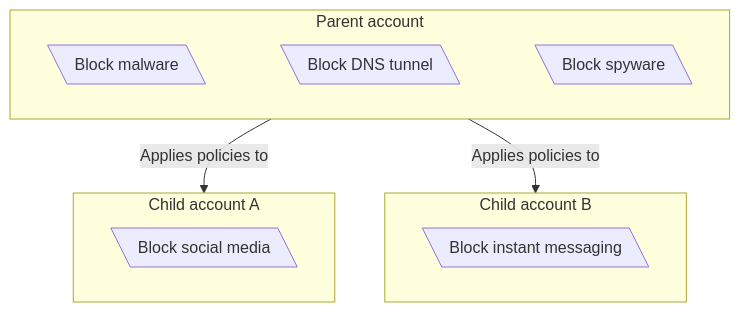
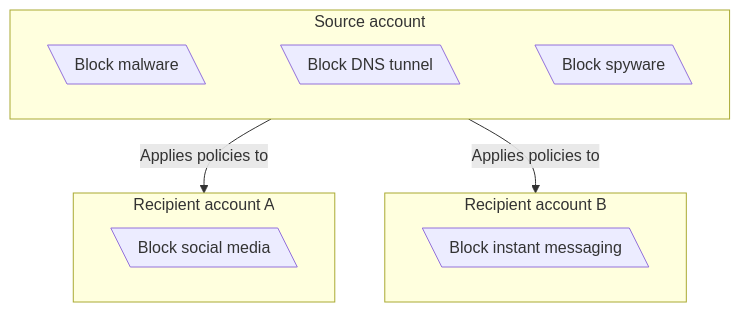
The first of 2 diagrams in src/content/docs/cloudflare-one/policies/gateway/tiered-policies/index.mdx (sofyanori111-png/cloudflare-docs), drawn with Mermaid before and after one commit. The commit also changed other lines of this file, not shown here.

````diff
--- a/src/content/docs/cloudflare-one/policies/gateway/tiered-policies/index.mdx
+++ b/src/content/docs/cloudflare-one/policies/gateway/tiered-policies/index.mdx
@@ -39,28 +39,28 @@
 ```mermaid
 flowchart TD
 %% Accessibility
  accTitle: How Gateway policies work in a tiered account configuration
  accDescr: Flowchart describing the order of precedence Gateway applies policies in a tiered account configuration.
 
 %% Flowchart
- subgraph s1["Parent account"]
+ subgraph s1["Source account"]
         n1["Block malware"]
         n2["Block DNS tunnel"]
         n3["Block spyware"]
   end
- subgraph s2["Child account A"]
+ subgraph s2["Recipient account A"]
         n4["Block social media"]
   end
- subgraph s3["Child account B"]
+ subgraph s3["Recipient account B"]
         n5["Block instant messaging"]
   end
     n1 ~~~ n2
     n2 ~~~ n3
     s1 -- "Applies policies to" --> s2 & s3
 
     n1@{ shape: lean-l}
     n2@{ shape: lean-l}
     n3@{ shape: lean-l}
     n4@{ shape: lean-l}
     n5@{ shape: lean-l}
 ```
````
